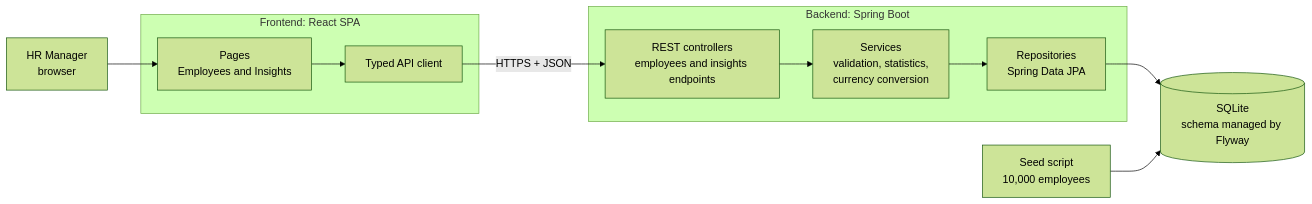
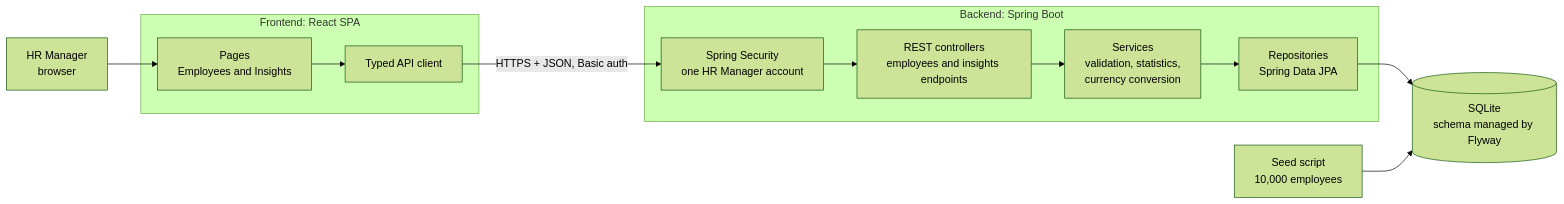
Before and after one commit to kuttekiran97/salary-management-system: the first of 5 diagrams in docs/architecture.md, drawn with Mermaid (forest theme). The commit also changed other lines of this file and 4 other files, not shown here.

````diff
--- a/docs/architecture.md
+++ b/docs/architecture.md
@@ -9,23 +9,24 @@
 ```mermaid
 flowchart LR
     HR["HR Manager<br/>browser"]
 
     subgraph FE["Frontend: React SPA"]
         UI["Pages<br/>Employees and Insights"]
         API_CLIENT["Typed API client"]
     end
 
     subgraph BE["Backend: Spring Boot"]
+        SEC["Spring Security<br/>one HR Manager account"]
         CTRL["REST controllers<br/>employees and insights endpoints"]
         SVC["Services<br/>validation, statistics,<br/>currency conversion"]
         REPO["Repositories<br/>Spring Data JPA"]
     end
 
     DB[("SQLite<br/>schema managed by Flyway")]
     SEED["Seed script<br/>10,000 employees"]
 
     HR --> UI --> API_CLIENT
-    API_CLIENT -->|"HTTPS + JSON"| CTRL
-    CTRL --> SVC --> REPO --> DB
+    API_CLIENT -->|"HTTPS + JSON, Basic auth"| SEC
+    SEC --> CTRL --> SVC --> REPO --> DB
     SEED --> DB
 ```
````
